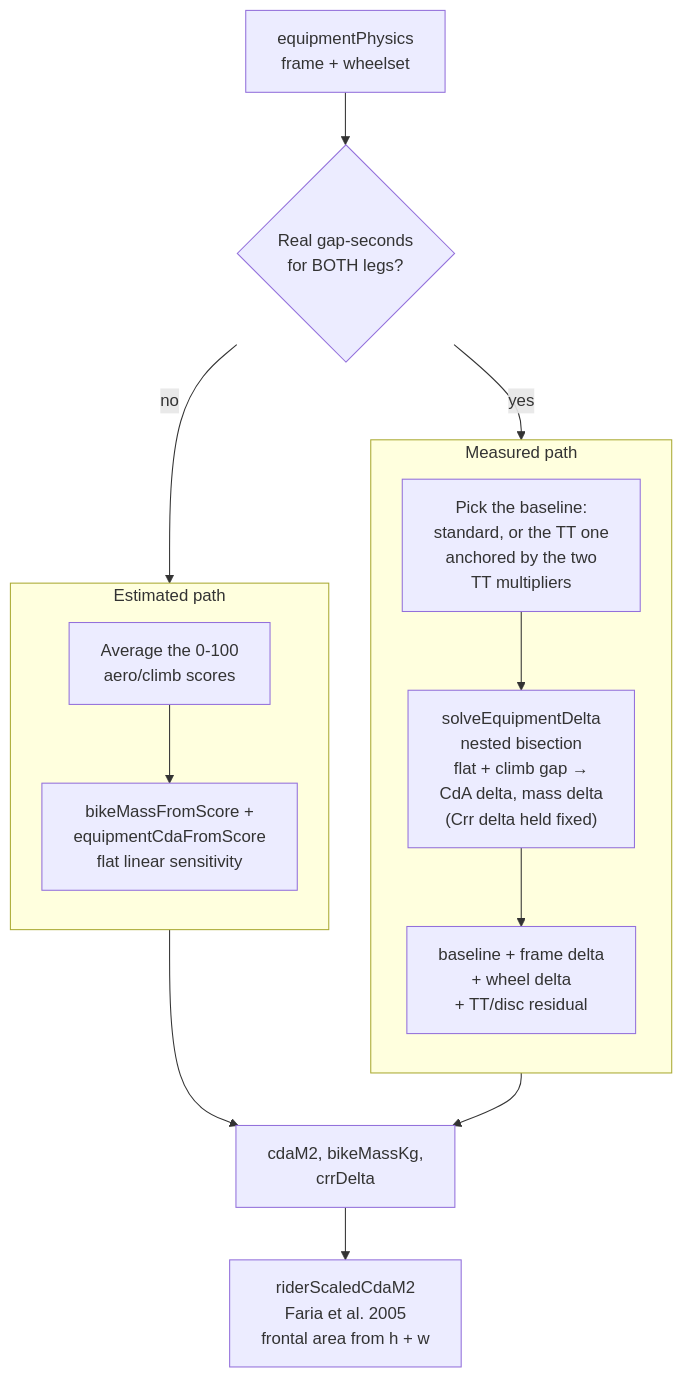
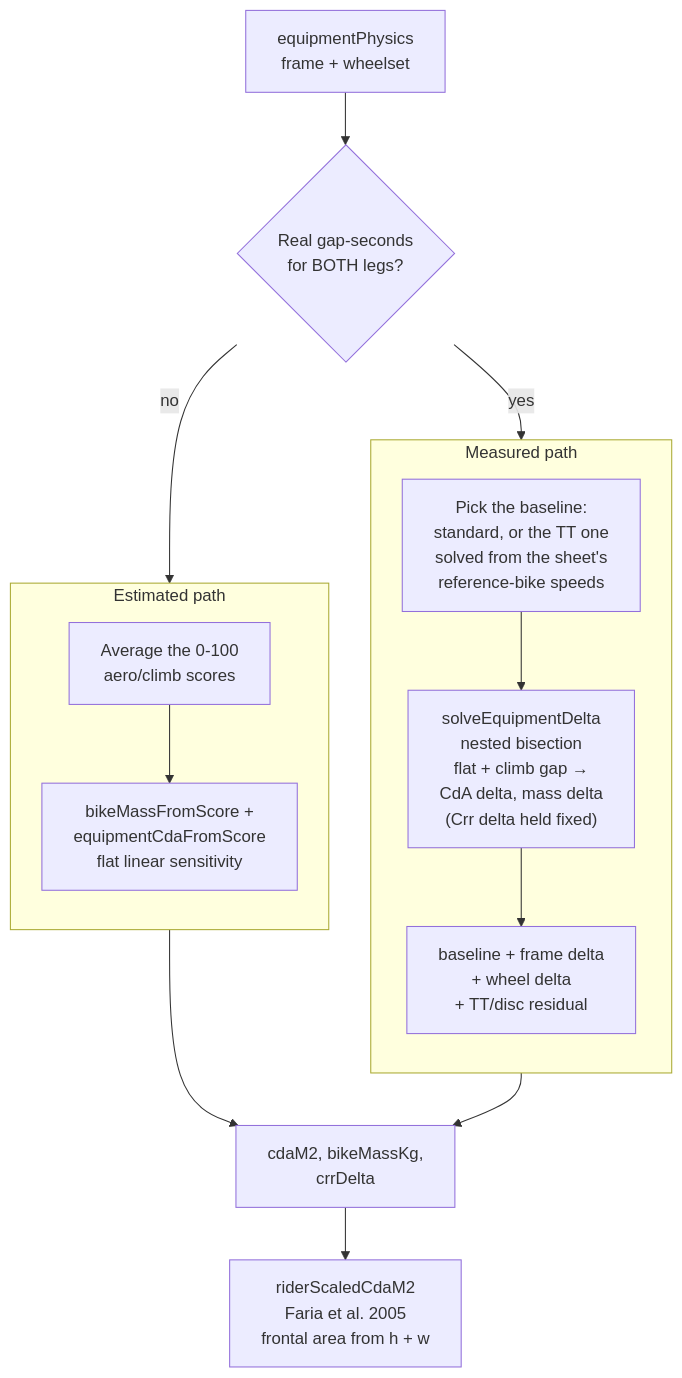
The third of 5 diagrams in docs/physics-pipeline.md (kjellrg/zwift-bikes), drawn with Mermaid before and after one commit. The commit also changed other lines of this file and 11 other files, not shown here.

````diff
--- a/docs/physics-pipeline.md
+++ b/docs/physics-pipeline.md
@@ -198,27 +198,27 @@
 ```mermaid
 %%{ init: { "flowchart": { "nodeSpacing": 40, "rankSpacing": 50 } } }%%
 flowchart TD
     IN["equipmentPhysics<br/>frame + wheelset"]
     HAS{"Real gap-seconds<br/>for BOTH legs?"}
 
     subgraph MEASURED["Measured path"]
         direction TB
-        BASE["Pick the baseline:<br/>standard, or the TT one<br/>anchored by the two<br/>TT multipliers"]
+        BASE["Pick the baseline:<br/>standard, or the TT one<br/>solved from the sheet's<br/>reference-bike speeds"]
         SOLVE["solveEquipmentDelta<br/>nested bisection<br/>flat + climb gap →<br/>CdA delta, mass delta<br/>(Crr delta held fixed)"]
         ADD["baseline + frame delta<br/>+ wheel delta<br/>+ TT/disc residual"]
     end
 
     subgraph FALLBACK["Estimated path"]
         direction TB
         AVG["Average the 0-100<br/>aero/climb scores"]
         LINEAR["bikeMassFromScore +<br/>equipmentCdaFromScore<br/>flat linear sensitivity"]
     end
 
     OUT["cdaM2, bikeMassKg,<br/>crrDelta"]
     SCALE["riderScaledCdaM2<br/>Faria et al. 2005<br/>frontal area from h + w"]
 
     IN --> HAS
     HAS -- yes --> BASE --> SOLVE --> ADD --> OUT
     HAS -- no --> AVG --> LINEAR --> OUT
     OUT --> SCALE
 ```
````
